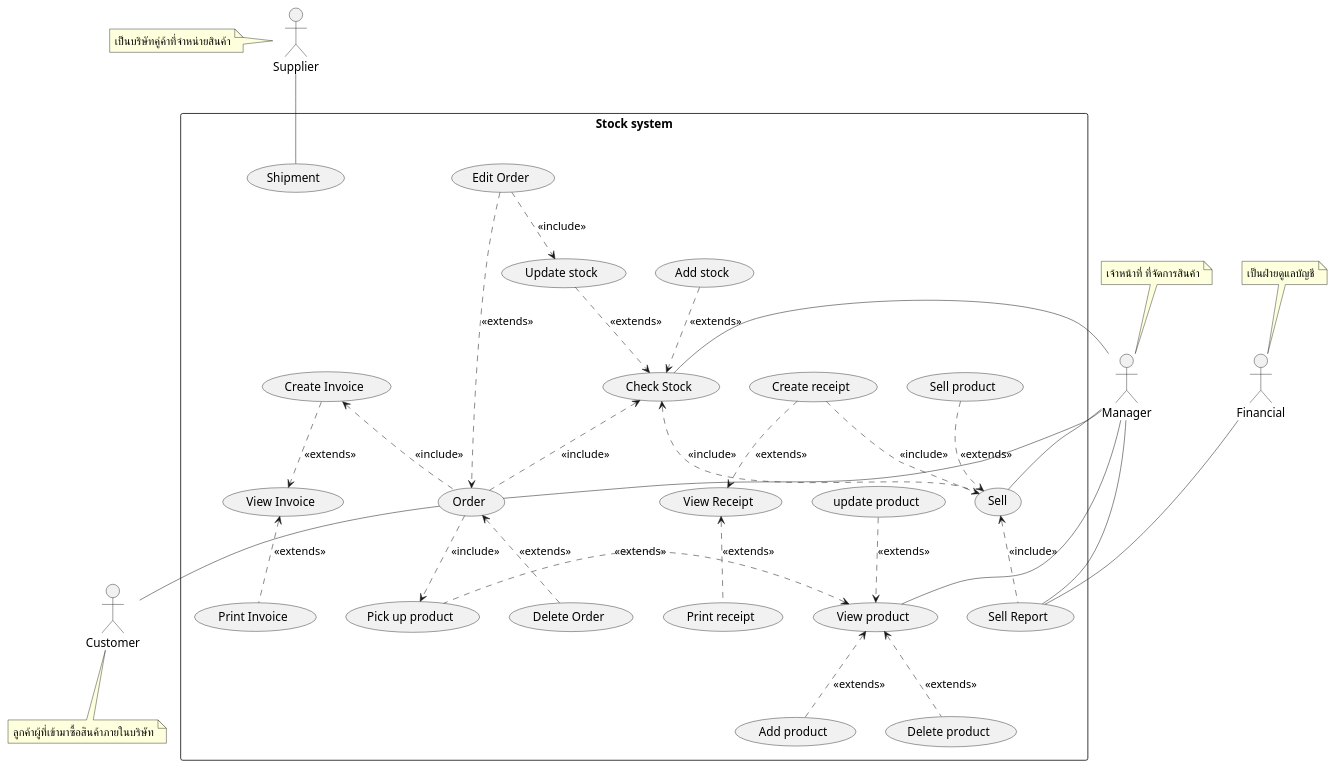
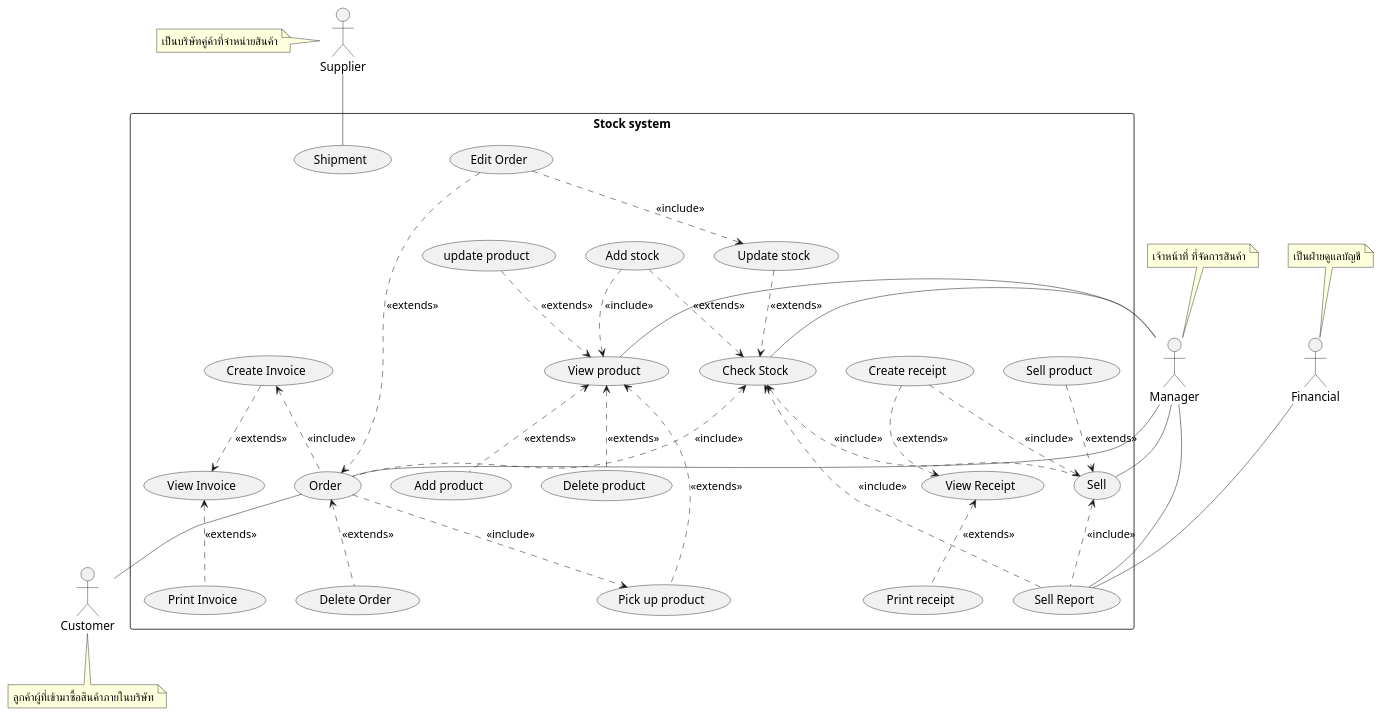
One commit to billowdev/inventory-system-plantuml-sequelize-seeder-example changed the diagram in system-analysis/usecase-diagram.puml. Above: the diagram before and after it, drawn with PlantUML.

Commit message:
usecase add stock -include> view product

```diff
--- a/system-analysis/usecase-diagram.puml
+++ b/system-analysis/usecase-diagram.puml
@@ -1,160 +1,162 @@
 @startuml
 'https://plantuml.com/sequence-diagram
 skinparam Arrow{
     Thickness .6
 }
 skinparam Participant{
     FontColor #efefef
     BorderColor #c0c0c0
 }
 skinparam Sequence{
     ParticipantBorderThickness .5
     LifeLineBorderColor #8a8a8a
 }
 
 ' =================== Customer ===================
 ' role - ผู้ที่เข้ามาเพื่อซื้อสินค้าภายในบริษัท
 ' duty - ทำให้เกิดการซื้อขายสินค้า
 actor Customer as actorCustomer
 note bottom of actorCustomer : ลูกค้าผู้ที่เข้ามาซื้อสินค้าภายในบริษัท
 ' =================== Manager ===================
 ' role - เจ้าหน้าที่ ที่จัดการสินค้า ให้คงคลังสินค้าอยู่เสมอ
 ' duty - บริหารจัดการ stock สินค้า ทั้งการจำหน่ายออก และการรับสินค้ารวมถึงการ
 ' ออกใบสั่งของ การเช็คสินค้าและการทำรายงานต่างๆ
 actor Manager as actorManager
 note top of actorManager : เจ้าหน้าที่ ที่จัดการสินค้า
 ' =================== Supplier ===================
 ' role - เป็นบริษัทคู่ค้าที่จำหน่ายสินค้าหรือวัตถุดิบให้กับบริษัท
 ' duty - ขายและจัดส่งสินค้าตามใบสั่งของ
 actor Supplier as actorSupplier
 note left of actorSupplier : เป็นบริษัทคู่ค้าที่จำหน่ายสินค้า
 ' =================== Financial ===================
 ' role - เป็นฝ่ายดูแลบัญชีและการเงินของบริษัท
 ' duty - รับข้อมูลการซื้อและขายสินค้า
 actor Financial as actorFinancial
 note top of actorFinancial : เป็นฝ่ายดูแลบัญชี
 
 ' =================== Stock System ===================
 rectangle "Stock system" as stockSystem {
 
     ' ================ Selling ================
     ' กระบวนการขายสินค้า
     usecase (Sell) as (usecaseSell)
     '    การขายสินค้า
     usecase (Sell product) as (usecaseSellProduct)
     '    การตรวจสอบยอดสินค้า
 
     '    ออกใบเสร็จ
     usecase (View Receipt) as (usecaseReceipt)
     usecase (Print receipt) as (usecasePrintReceipt)
     usecase (Create receipt) as (usecaseCreateReceipt)
 
     ' ================ Ordering ================
     '    การสั่งซื้อสินค้า
     usecase (Order) as (usecaseOrder)
     usecase (Edit Order) as (usecaseEditOrder)
     usecase (Delete Order) as (usecaseDeleteOrder)
 
     '    การลงรับสินค้า
 
     ' ================ Reporting ================
     '   การทำรายงาน
     usecase (Sell Report) as (usecaseSellReport)
 
 
     ' ================ Product ================
     '    การสั่งซื้อสินค้า
     usecase (View product) as (usecaseProduct)
     usecase (Add product) as (usecaseAddProduct)
     usecase (update product) as (usecaseUpdateProduct)
     usecase (Delete product) as (usecaseDeleteProduct)
 
     usecase (Pick up product) as (usecasePickUpProduct)
 
 
 
     usecase (Check Stock) as (usecaseCheckStock)
     usecase (Add stock) as (usecaseAddStock)
     usecase (Update stock) as (usecaseUpdateStock)
 
 
 
     ' ================ Invoice ================
     usecase (View Invoice) as (usecaseInvoice)
     usecase (Create Invoice) as (usecaseCreateInvoice)
     usecase (Print Invoice) as (usecasePrintInvoice)
 
     ' ================ Shipment ================
     usecase (Shipment) as (usecaseShipment)
 
     '    ===================== Associate Flow =====================
 
     '    ================ actor - usecase Flow ================
     '   ความสัมพันธ์ระหว่าง actor และ usecase ในส่วนของการขาย
     actorManager -- (usecaseSell)
 
     ' ===  ความสัมพันธ์ระหว่าง actor และ usecase ในส่วนของการสั่งซื้อสินค้า ===
     actorManager -left- (usecaseOrder)
     (usecaseOrder) -- actorCustomer
 
     ' ===  ความสัมพันธ์ระหว่าง actor และ usecase ในส่วนของการสออกรายงาน ===
     actorManager --- (usecaseSellReport)
     actorFinancial --- (usecaseSellReport)
 
     actorManager -- (usecaseCheckStock)
     actorManager -left- (usecaseProduct)
 
     actorSupplier -- (usecaseShipment)
 
     '================ usecase - usecase Flow ================
 
 
     (usecaseProduct) <.. (usecaseAddProduct)  : <<extends>>
     (usecaseUpdateProduct) ..> (usecaseProduct) : <<extends>>
     (usecaseProduct) <.. (usecaseDeleteProduct)  : <<extends>>
     (usecasePickUpProduct) .left.> (usecaseProduct) : <<extends>>
 
     ' ================ Stock ================
     (usecaseAddStock) ..> (usecaseCheckStock) : <<extends>>
+    (usecaseAddStock) ..> (usecaseProduct) : <<include>>
 
     (usecaseUpdateStock) ..> (usecaseCheckStock) : <<extends>>
 
     ' ================ Sell ================
     (usecaseSellProduct) ..> (usecaseSell) : <<extends>>
     (usecaseCheckStock) <.. (usecaseSell) : <<include>>
 
     (usecaseCreateReceipt) ..> (usecaseSell) : <<include>>
 
 
 
 
     '   การลงรับสินค้า เป็นส่วนหนึ่งของกระบวนการสั่งซื้อสินค้า
     (usecaseOrder) ..> (usecasePickUpProduct) : <<include>>
 
     '   การปรับปรุงยอดสินค้า เป็นส่วนหนึ่งของกระบวนการสั่งซื้อสินค้า
     (usecaseCheckStock) <.. (usecaseOrder) : <<include>>
 
     ' ================ Order ================
     (usecaseOrder) <.. (usecaseDeleteOrder) : <<extends>>
     (usecaseEditOrder) ..> (usecaseOrder) : <<extends>>
     (usecaseEditOrder) ..> (usecaseUpdateStock) : <<include>>
     (usecaseCreateInvoice) <.. (usecaseOrder) : <<include>>
 
     ' ================ Invoice ================
     (usecaseCreateInvoice) ..> (usecaseInvoice) : <<extends>>
     (usecaseInvoice)  <..   (usecasePrintInvoice): <<extends>>
 
     ' ================ Receipt ================
     (usecaseCreateReceipt) ..> (usecaseReceipt) : <<extends>>
     (usecaseReceipt)  <..   (usecasePrintReceipt): <<extends>>
 
     ' ================ Reporting ================
     '   การทำรายงาน
 
     (usecaseSell) <..  (usecaseSellReport)   : <<include>>
+    (usecaseCheckStock) <..  (usecaseSellReport)   : <<include>>
 
     ' ================ Shipment ================
 
 }
 
 @enduml
```
